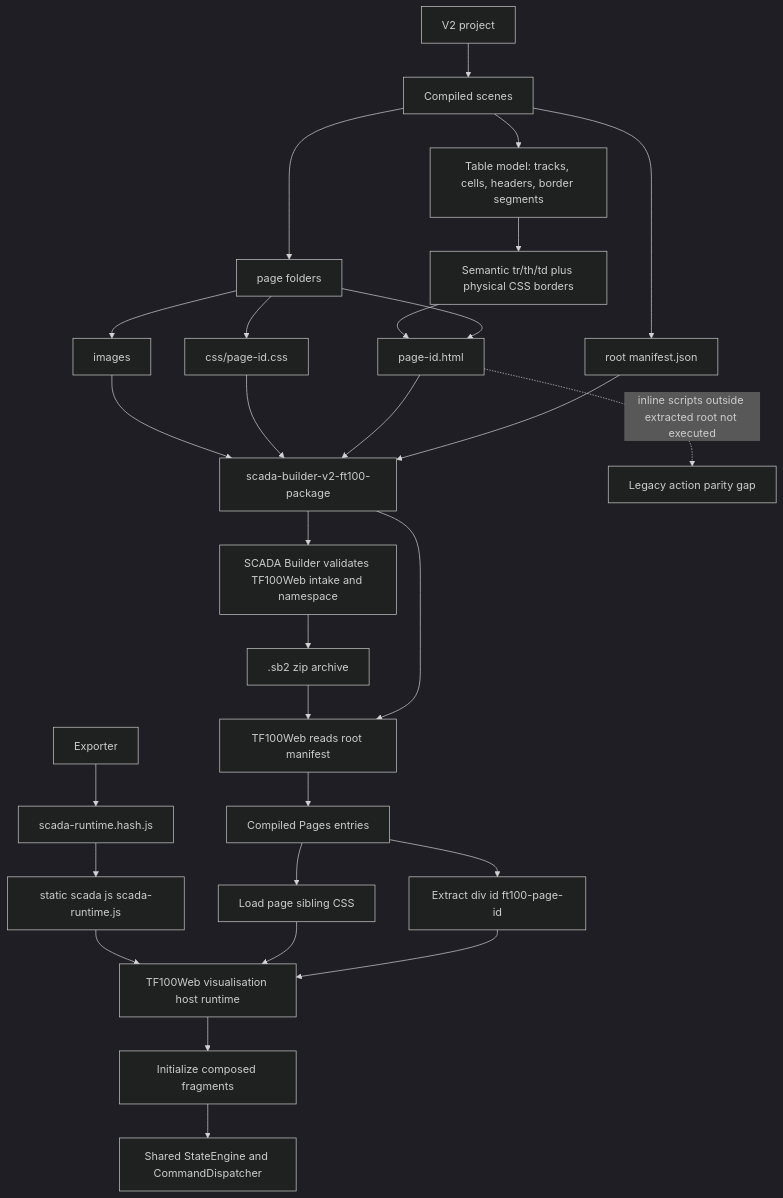
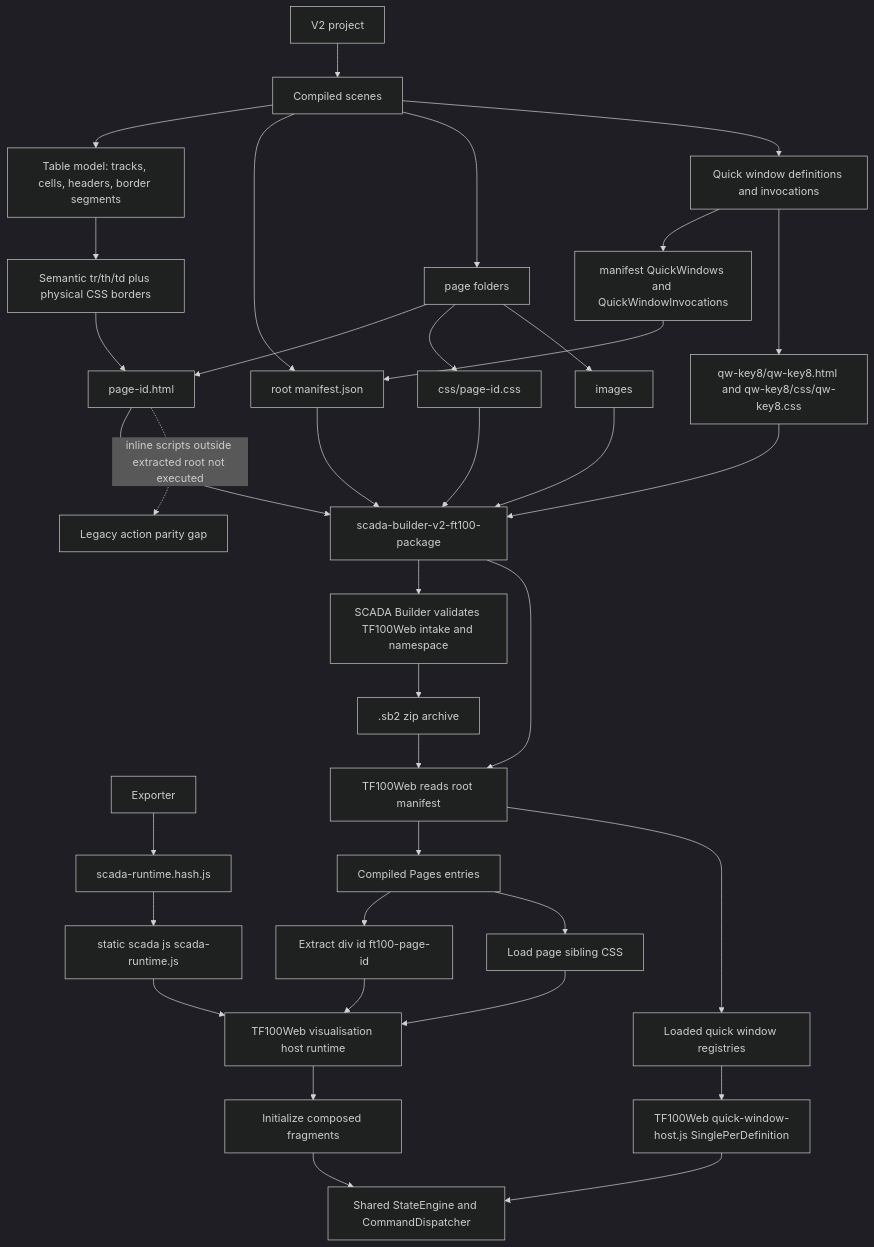
Before and after one commit to technologiesflorizon/scadabuilder: the diagram in docs/10_generated/EXPORT_FLOW_DIAGRAM_V2.md, drawn with Mermaid (dark theme). The commit also changed other lines of this file and 11 other files, not shown here.

First line of the commit message:
docs: record quick window v1 implementation

````diff
--- a/docs/10_generated/EXPORT_FLOW_DIAGRAM_V2.md
+++ b/docs/10_generated/EXPORT_FLOW_DIAGRAM_V2.md
@@ -17,31 +18,39 @@
 ```mermaid
 flowchart TD
   Project[V2 project] --> Scenes[Compiled scenes]
   Scenes --> Tables[Table model: tracks, cells, headers, border segments]
   Tables --> TableHtml[Semantic tr/th/td plus physical CSS borders]
   Scenes --> Manifest[root manifest.json]
   Scenes --> Pages[page folders]
   Pages --> Html[page-id.html]
   Pages --> Css[css/page-id.css]
   Pages --> Images[images]
   Exporter --> Runtime[scada-runtime.hash.js]
   Manifest --> Package[scada-builder-v2-ft100-package]
   Html --> Package
   TableHtml --> Html
   Css --> Package
   Images --> Package
   Package --> Validate[SCADA Builder validates TF100Web intake and namespace]
   Validate --> Sb2[.sb2 zip archive]
   Package --> TfManifest[TF100Web reads root manifest]
   Sb2 --> TfManifest
   TfManifest --> TfPages[Compiled Pages entries]
   TfPages --> TfFragment[Extract div id ft100-page-id]
   TfPages --> TfCss[Load page sibling CSS]
   TfFragment --> TfHost[TF100Web visualisation host runtime]
   TfCss --> TfHost
   Runtime --> TfRuntime[static scada js scada-runtime.js]
   TfRuntime --> TfHost
   TfHost --> Init[Initialize composed fragments]
   Init --> StateCommand[Shared StateEngine and CommandDispatcher]
+  Scenes --> QwDefs[Quick window definitions and invocations]
+  QwDefs --> QwManifest[manifest QuickWindows and QuickWindowInvocations]
+  QwDefs --> QwFiles[qw-key8/qw-key8.html and qw-key8/css/qw-key8.css]
+  QwManifest --> Manifest
+  QwFiles --> Package
+  TfManifest --> TfQwRegistries[Loaded quick window registries]
+  TfQwRegistries --> TfQwHost[TF100Web quick-window-host.js SinglePerDefinition]
+  TfQwHost --> StateCommand
   Html -. inline scripts outside extracted root not executed .-> TfGap[Legacy action parity gap]
 ```
````
